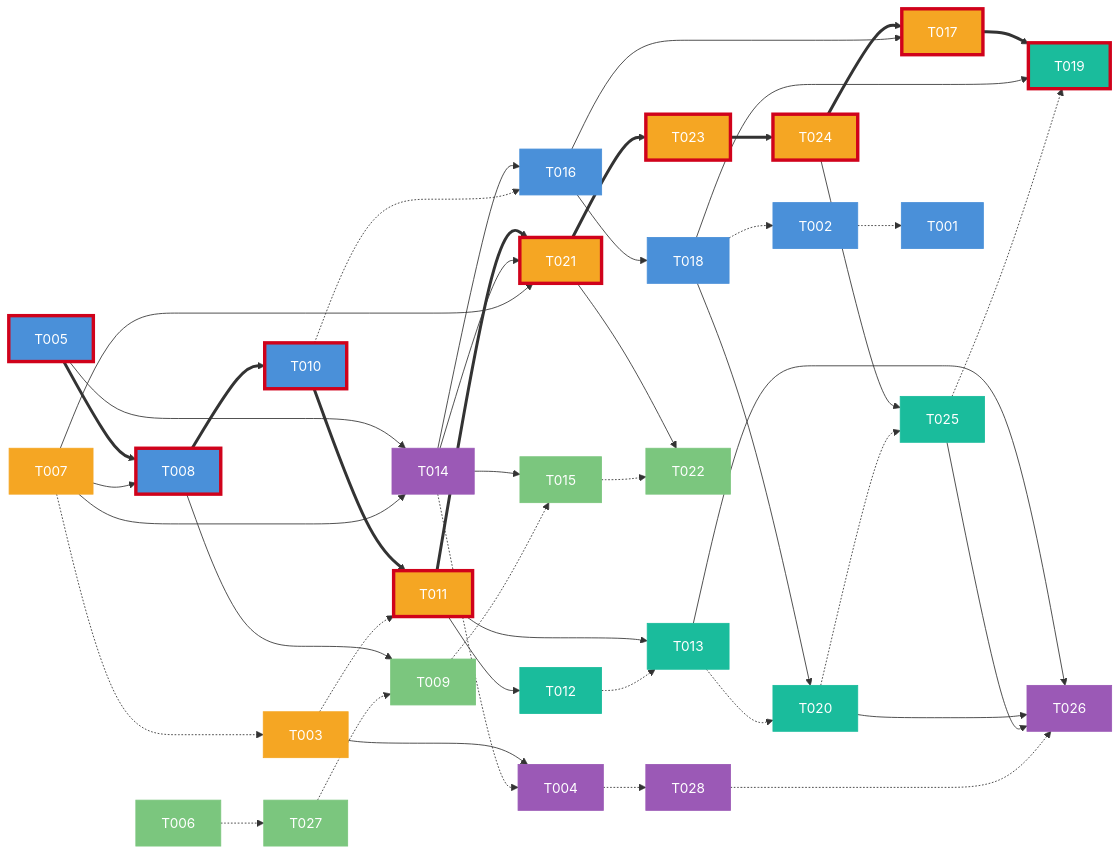
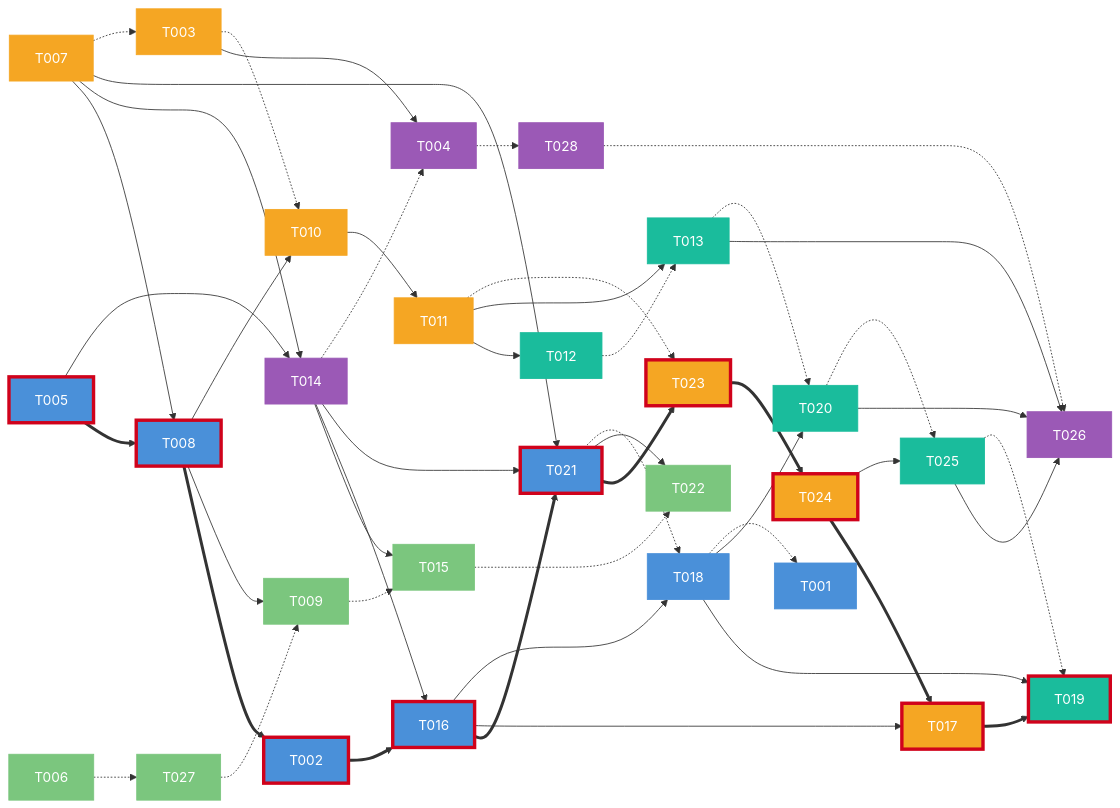
One commit to jfranc38/spec-kit-schedule changed the second of 2 diagrams in docs/example-schedule.md. Above: the diagram before and after it, drawn with Mermaid. The commit also changed other lines of this file and 70 other files, not shown here.

````diff
--- a/docs/example-schedule.md
+++ b/docs/example-schedule.md
@@ -231,61 +226,63 @@
 ```mermaid
 graph LR
     classDef backend_2 fill:#4A90D9,color:#fff,stroke:#4A90D9
     classDef tester fill:#7BC67E,color:#fff,stroke:#7BC67E
     classDef backend_1 fill:#F5A623,color:#fff,stroke:#F5A623
     classDef architect fill:#9B59B6,color:#fff,stroke:#9B59B6
     classDef frontend fill:#1ABC9C,color:#fff,stroke:#1ABC9C
     classDef critical stroke:#D0021B,stroke-width:4px,color:#fff
 
+    T005 ==> T008
+    T024 ==> T017
     T017 ==> T019
-    T008 ==> T010
+    T008 ==> T002
     T021 ==> T023
-    T005 ==> T008
-    T010 ==> T011
-    T011 ==> T021
+    T002 ==> T016
+    T016 ==> T021
     T023 ==> T024
-    T024 ==> T017
     T008 --> T009
+    T008 --> T010
+    T010 --> T011
     T011 --> T012
     T011 --> T013
     T005 --> T014
     T014 --> T015
     T014 --> T016
     T016 --> T017
     T016 --> T018
     T018 --> T019
     T018 --> T020
     T014 --> T021
     T021 --> T022
     T024 --> T025
     T003 --> T004
     T007 --> T008
     T007 --> T014
     T007 --> T021
     T013 --> T026
     T020 --> T026
     T025 --> T026
-    T002 -.-> T001
-    T003 -.-> T011
+    T003 -.-> T010
     T004 -.-> T028
     T006 -.-> T027
     T007 -.-> T003
     T009 -.-> T015
-    T010 -.-> T016
+    T011 -.-> T023
     T012 -.-> T013
     T013 -.-> T020
     T014 -.-> T004
     T015 -.-> T022
-    T018 -.-> T002
+    T018 -.-> T001
     T020 -.-> T025
+    T021 -.-> T018
     T025 -.-> T019
     T027 -.-> T009
     T028 -.-> T026
 
-    class T005,T008,T010,T016,T018,T002,T001 backend_2
+    class T005,T008,T002,T016,T021,T018,T001 backend_2
     class T006,T027,T009,T015,T022 tester
-    class T007,T003,T011,T021,T023,T024,T017 backend_1
+    class T007,T003,T010,T011,T023,T024,T017 backend_1
     class T014,T004,T028,T026 architect
     class T012,T013,T020,T025,T019 frontend
-    class T005,T008,T010,T011,T017,T019,T021,T023,T024 critical
+    class T002,T005,T008,T016,T017,T019,T021,T023,T024 critical
 ```
````
